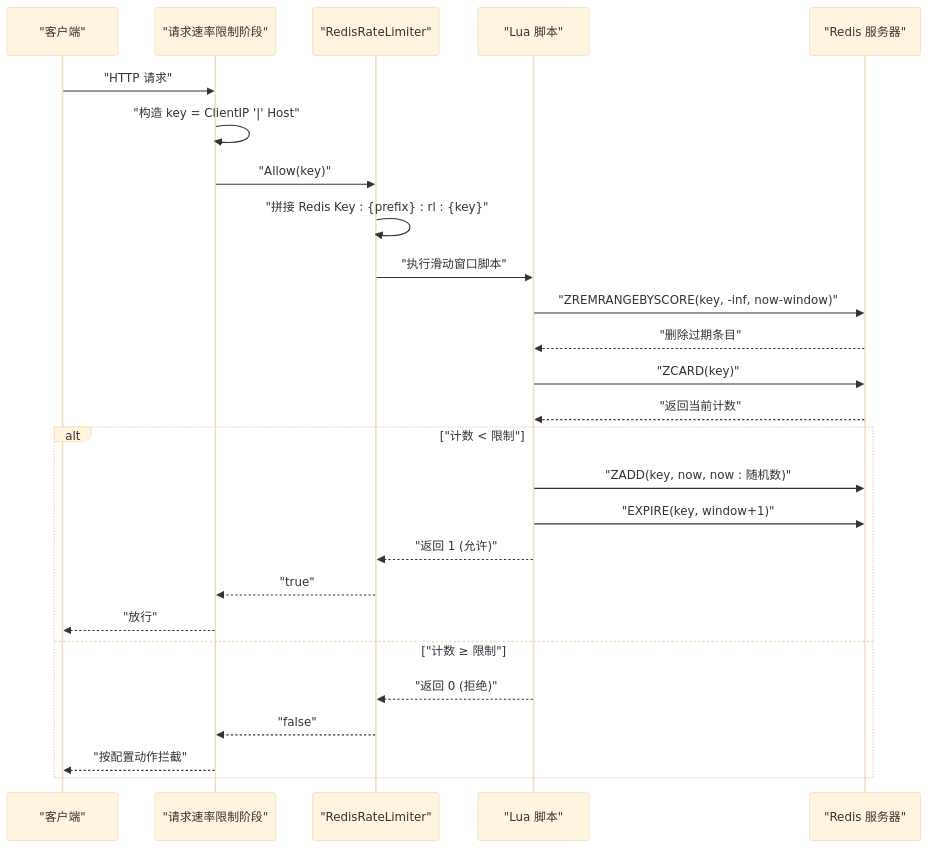
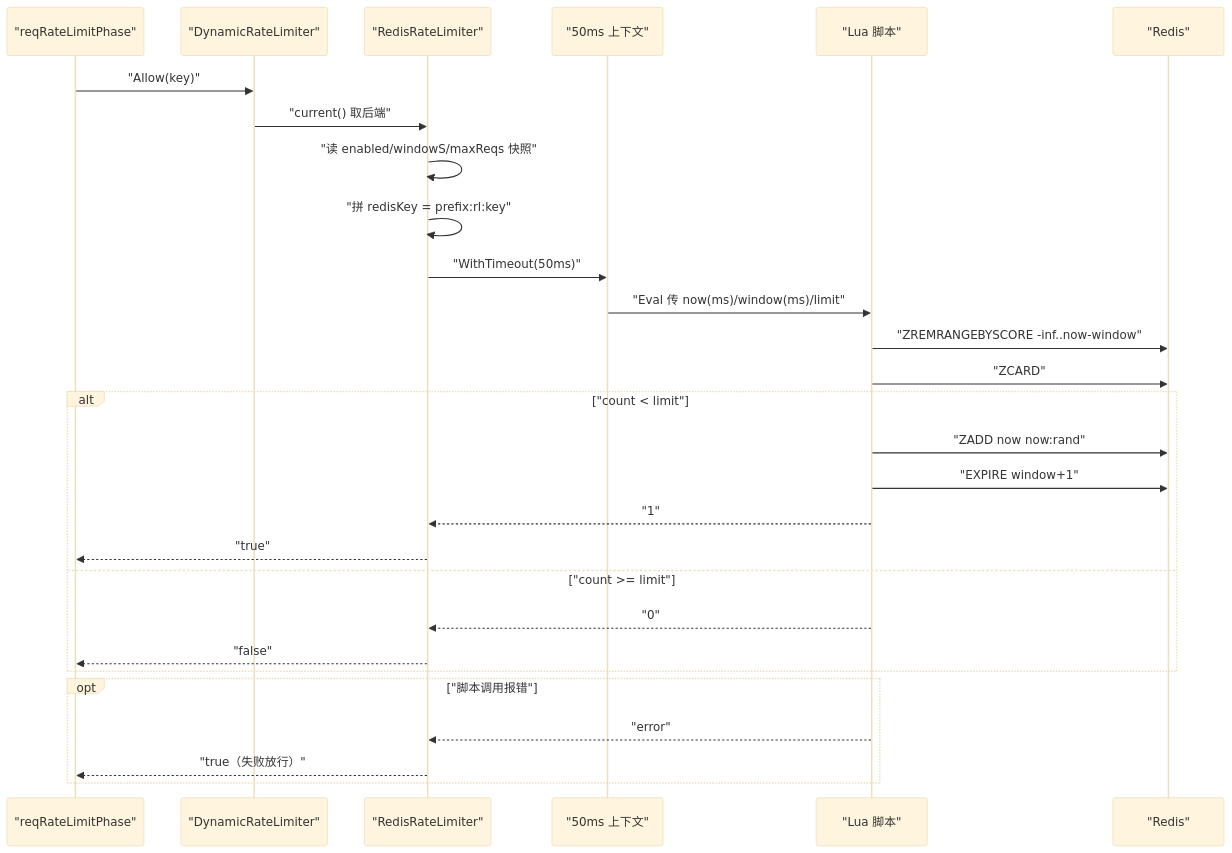
The second of 5 diagrams in docs/安全防护功能/速率限制机制/分布式滑动窗口限流.md (x01n/My-OpenWaf), drawn with Mermaid (base theme) before and after one commit. The commit also changed other lines of this file and 622 other files, not shown here.

````diff
--- a/docs/安全防护功能/速率限制机制/分布式滑动窗口限流.md
+++ b/docs/安全防护功能/速率限制机制/分布式滑动窗口限流.md
@@ -85,28 +169,30 @@
 ```mermaid
 sequenceDiagram
-participant Client as "客户端"
-participant Phase as "请求速率限制阶段"
-participant Limiter as "RedisRateLimiter"
-participant Script as "Lua 脚本"
-participant Redis as "Redis 服务器"
-Client->>Phase : "HTTP 请求"
-Phase->>Phase : "构造 key = ClientIP '|' Host"
-Phase->>Limiter : "Allow(key)"
-Limiter->>Limiter : "拼接 Redis Key : {prefix} : rl : {key}"
-Limiter->>Script : "执行滑动窗口脚本"
-Script->>Redis : "ZREMRANGEBYSCORE(key, -inf, now-window)"
-Redis-->>Script : "删除过期条目"
-Script->>Redis : "ZCARD(key)"
-Redis-->>Script : "返回当前计数"
-alt "计数 < 限制"
-Script->>Redis : "ZADD(key, now, now : 随机数)"
-Script->>Redis : "EXPIRE(key, window+1)"
-Script-->>Limiter : "返回 1 (允许)"
-Limiter-->>Phase : "true"
-Phase-->>Client : "放行"
-else "计数 ≥ 限制"
-Script-->>Limiter : "返回 0 (拒绝)"
-Limiter-->>Phase : "false"
-Phase-->>Client : "按配置动作拦截"
-end
+    participant PH as "reqRateLimitPhase"
+    participant DYN as "DynamicRateLimiter"
+    participant RL as "RedisRateLimiter"
+    participant CTX as "50ms 上下文"
+    participant SC as "Lua 脚本"
+    participant RD as "Redis"
+    PH->>DYN : "Allow(key)"
+    DYN->>RL : "current() 取后端"
+    RL->>RL : "读 enabled/windowS/maxReqs 快照"
+    RL->>RL : "拼 redisKey = prefix:rl:key"
+    RL->>CTX : "WithTimeout(50ms)"
+    CTX->>SC : "Eval 传 now(ms)/window(ms)/limit"
+    SC->>RD : "ZREMRANGEBYSCORE -inf..now-window"
+    SC->>RD : "ZCARD"
+    alt "count < limit"
+        SC->>RD : "ZADD now now:rand"
+        SC->>RD : "EXPIRE window+1"
+        SC-->>RL : "1"
+        RL-->>PH : "true"
+    else "count >= limit"
+        SC-->>RL : "0"
+        RL-->>PH : "false"
+    end
+    opt "脚本调用报错"
+        SC-->>RL : "error"
+        RL-->>PH : "true（失败放行）"
+    end
 ```
````
